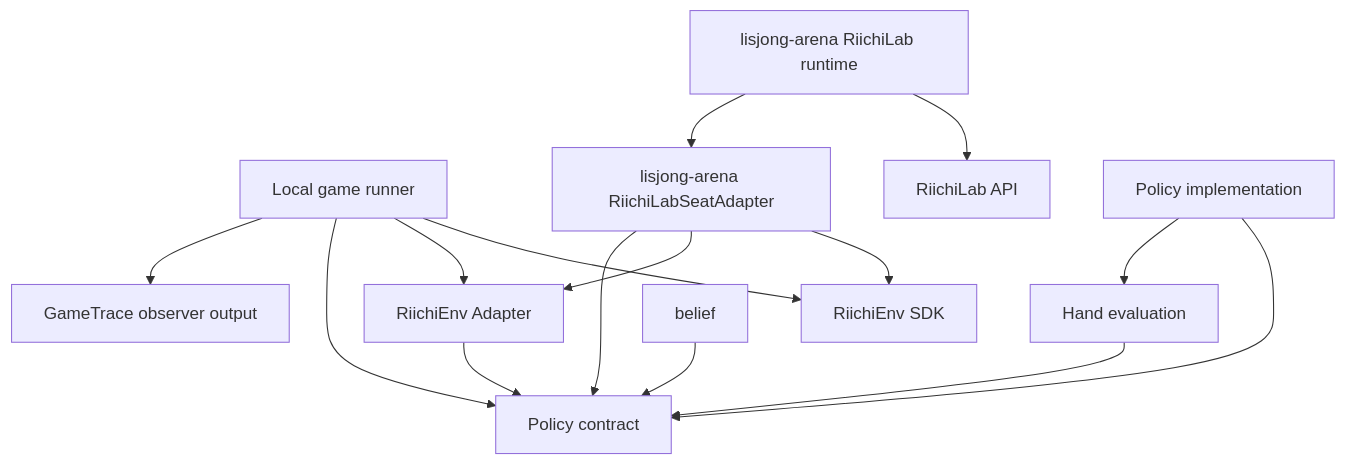
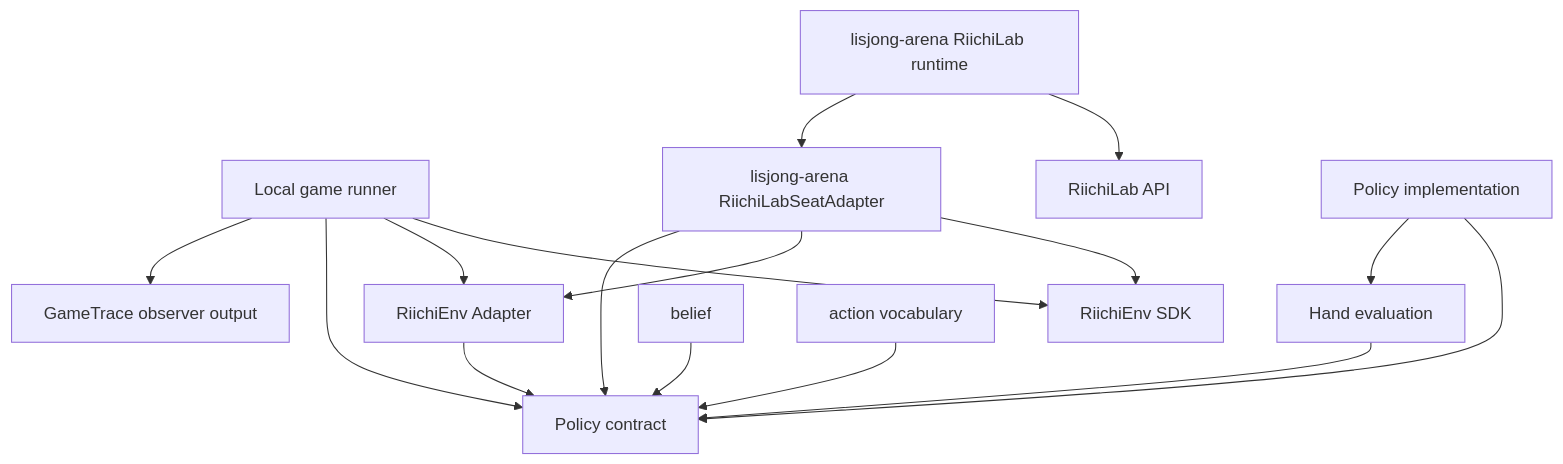
One commit to lisbun/lisjong changed the diagram in docs/architecture.md. Above: the diagram before and after it, drawn with Mermaid. The commit also changed other lines of this file and 10 other files, not shown here.

Commit message:
Add model-facing action vocabulary and legal mask contract (Issue #149) (#150)

````diff
--- a/docs/architecture.md
+++ b/docs/architecture.md
@@ -1538,17 +1538,18 @@
 ```mermaid
 flowchart TD
     Runner["Local game runner"] --> SDK["RiichiEnv SDK"]
     Runner --> EnvAdapter["RiichiEnv Adapter"]
     Runner --> Contract["Policy contract"]
     Runner --> Trace["GameTrace observer output"]
     Arena["lisjong-arena RiichiLab runtime"] --> LabAPI["RiichiLab API"]
     Arena --> LabAdapter["lisjong-arena RiichiLabSeatAdapter"]
     LabAdapter --> SDK
     LabAdapter --> EnvAdapter
     LabAdapter --> Contract
     EnvAdapter --> Contract
     Impl["Policy implementation"] --> Contract
     Impl --> HandEval["Hand evaluation"]
     HandEval --> Contract
     Belief["belief"] --> Contract
+    ActionVocab["action vocabulary"] --> Contract
 ```
````
